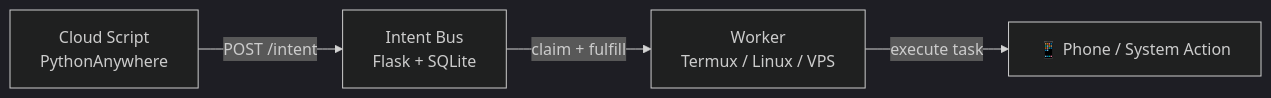
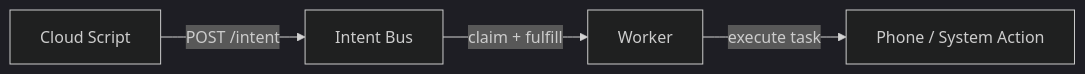
One commit to dsecurity49/Intent-Bus changed the diagram in README.md. Above: the diagram before and after it, drawn with Mermaid (dark theme). The commit also changed other lines of this file, not shown here.

````diff
--- a/README.md
+++ b/README.md
@@ -39,6 +42,6 @@
 ```mermaid
 graph LR
-    A[Cloud Script <br/> PythonAnywhere] -->|POST /intent| B[Intent Bus <br/> Flask + SQLite]
-    B -->|claim + fulfill| C[Worker <br/> Termux / Linux / VPS]
-    C -->|execute task| D[📱 Phone / System Action]
+    A[Cloud Script] -->|POST /intent| B[Intent Bus]
+    B -->|claim + fulfill| C[Worker]
+    C -->|execute task| D[Phone / System Action]
 ```
````
